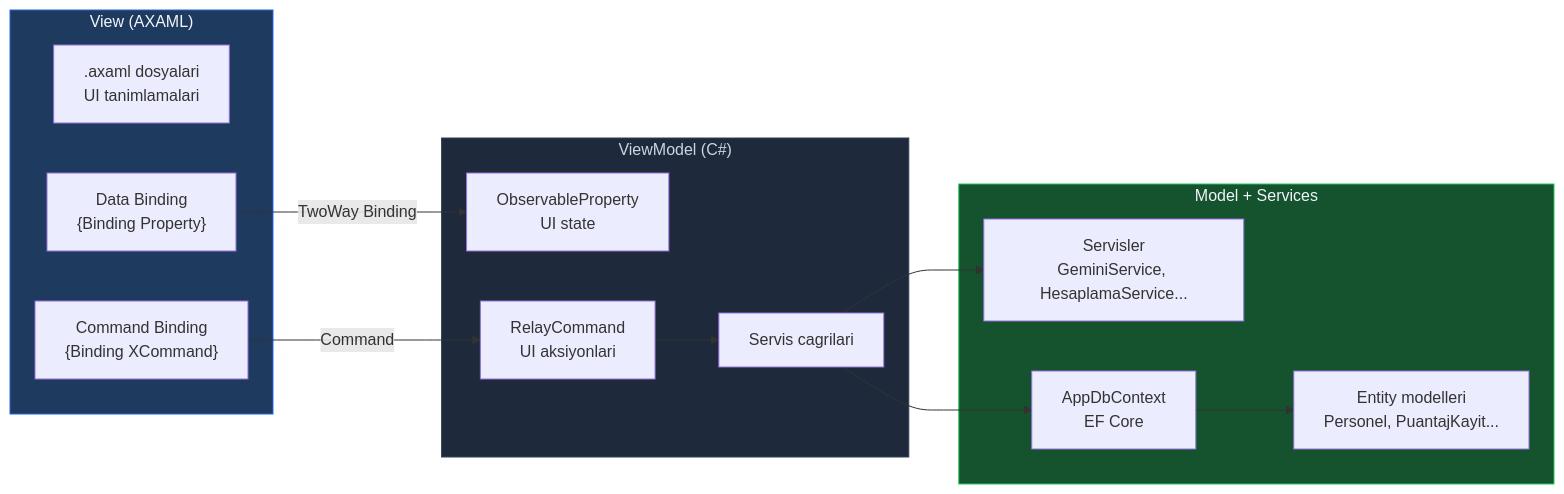
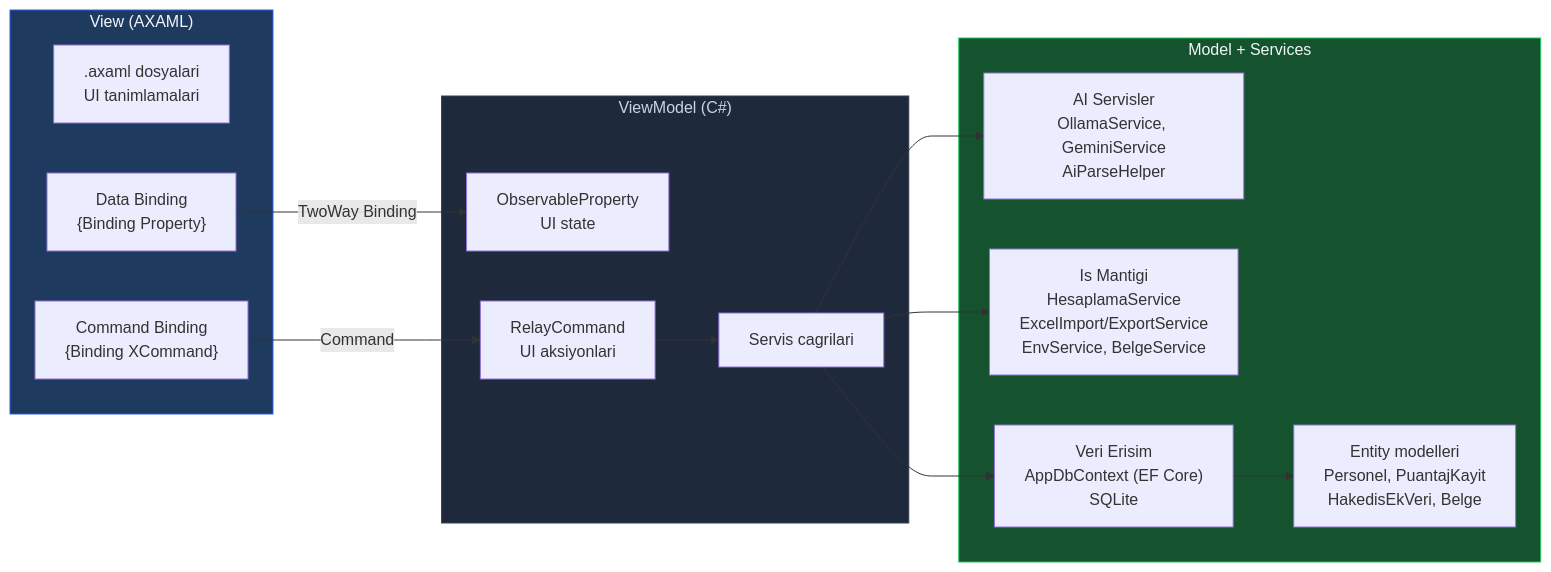
One commit to murataslan1/puantaj-app changed the ninth of 10 diagrams in README.md. Above: the diagram before and after it, drawn with Mermaid. The commit also changed other lines of this file, not shown here.

````diff
--- a/README.md
+++ b/README.md
@@ -654,31 +779,33 @@
 ```mermaid
 graph LR
     subgraph View["View (AXAML)"]
         V1[".axaml dosyalari<br/>UI tanimlamalari"]
         V2["Data Binding<br/>{Binding Property}"]
         V3["Command Binding<br/>{Binding XCommand}"]
     end
 
     subgraph ViewModel["ViewModel (C#)"]
         VM1["ObservableProperty<br/>UI state"]
         VM2["RelayCommand<br/>UI aksiyonlari"]
         VM3["Servis cagrilari"]
     end
 
     subgraph Model["Model + Services"]
-        M1["Entity modelleri<br/>Personel, PuantajKayit..."]
-        M2["Servisler<br/>GeminiService, HesaplamaService..."]
-        M3["AppDbContext<br/>EF Core"]
+        M1["Entity modelleri<br/>Personel, PuantajKayit<br/>HakedisEkVeri, Belge"]
+        M2["AI Servisler<br/>OllamaService, GeminiService<br/>AiParseHelper"]
+        M3["Is Mantigi<br/>HesaplamaService<br/>ExcelImport/ExportService<br/>EnvService, BelgeService"]
+        M4["Veri Erisim<br/>AppDbContext (EF Core)<br/>SQLite"]
     end
 
     V2 -->|TwoWay Binding| VM1
     V3 -->|Command| VM2
     VM2 --> VM3
     VM3 --> M2
     VM3 --> M3
-    M3 --> M1
+    VM3 --> M4
+    M4 --> M1
 
     style View fill:#1E3A5F,stroke:#2563EB,color:#F1F5F9
     style ViewModel fill:#1E293B,stroke:#334155,color:#CBD5E1
     style Model fill:#14532D,stroke:#22C55E,color:#F1F5F9
 ```
````
